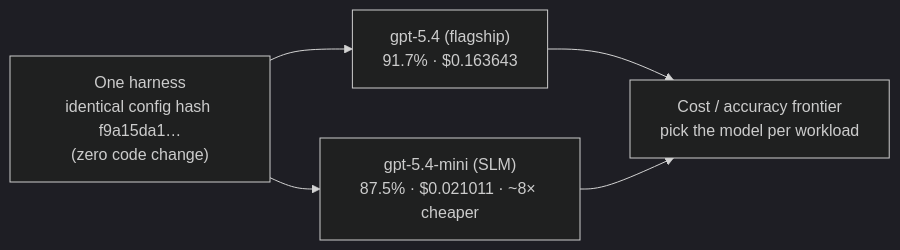
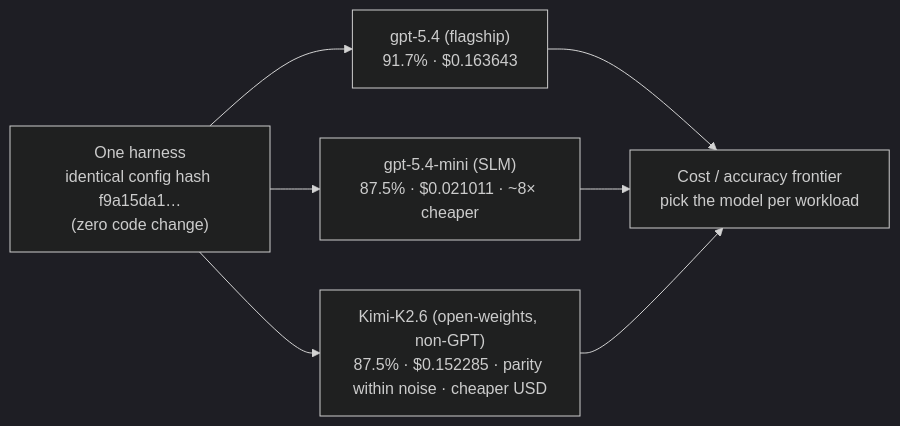
The third of 3 diagrams in README.md (ajananth/iq-nonparametric-learning), drawn with Mermaid (dark theme) before and after one commit. The commit also changed other lines of this file and 1 other file, not shown here.

First line of the commit message:
docs(H-5): extend Headline #2 with cross-vendor Kimi-K2.6 result (#51) (#57)

````diff
--- a/README.md
+++ b/README.md
@@ -259,8 +264,10 @@
 ```mermaid
 flowchart LR
   H["One harness<br/>identical config hash f9a15da1…<br/>(zero code change)"]
   H --> M1["gpt-5.4 (flagship)<br/>91.7% · $0.163643"]
   H --> M2["gpt-5.4-mini (SLM)<br/>87.5% · $0.021011 · ~8× cheaper"]
+  H --> M3["Kimi-K2.6 (open-weights, non-GPT)<br/>87.5% · $0.152285 · parity within noise · cheaper USD"]
   M1 --> F["Cost / accuracy frontier<br/>pick the model per workload"]
   M2 --> F
+  M3 --> F
 ```
````
